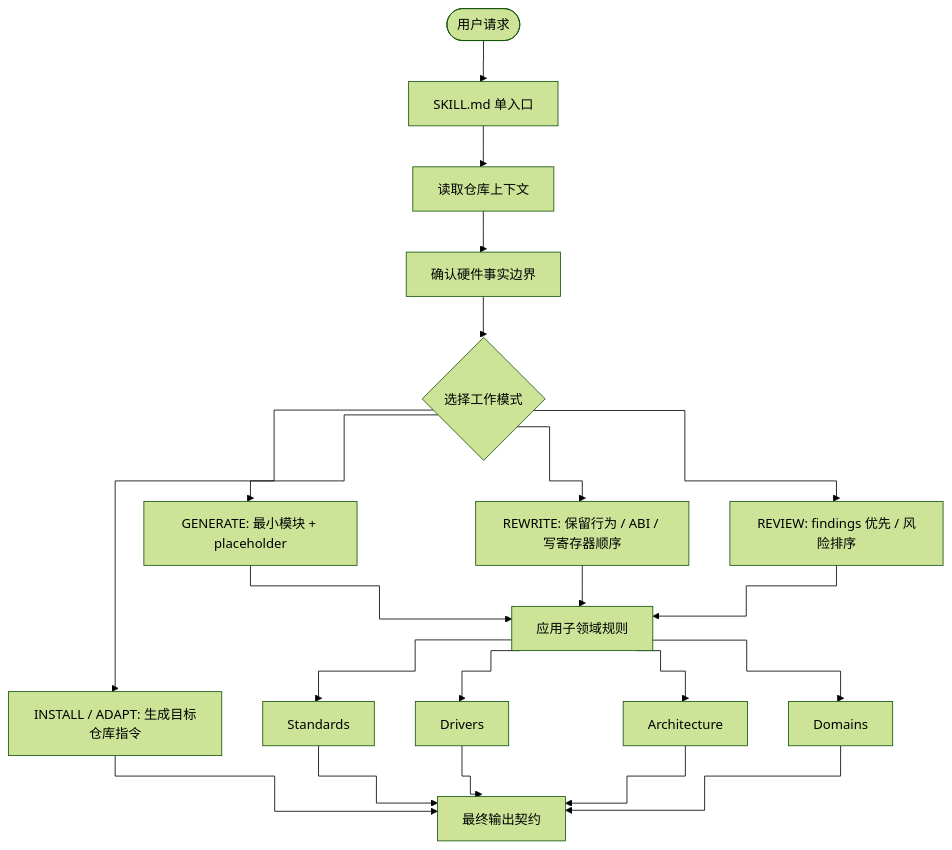
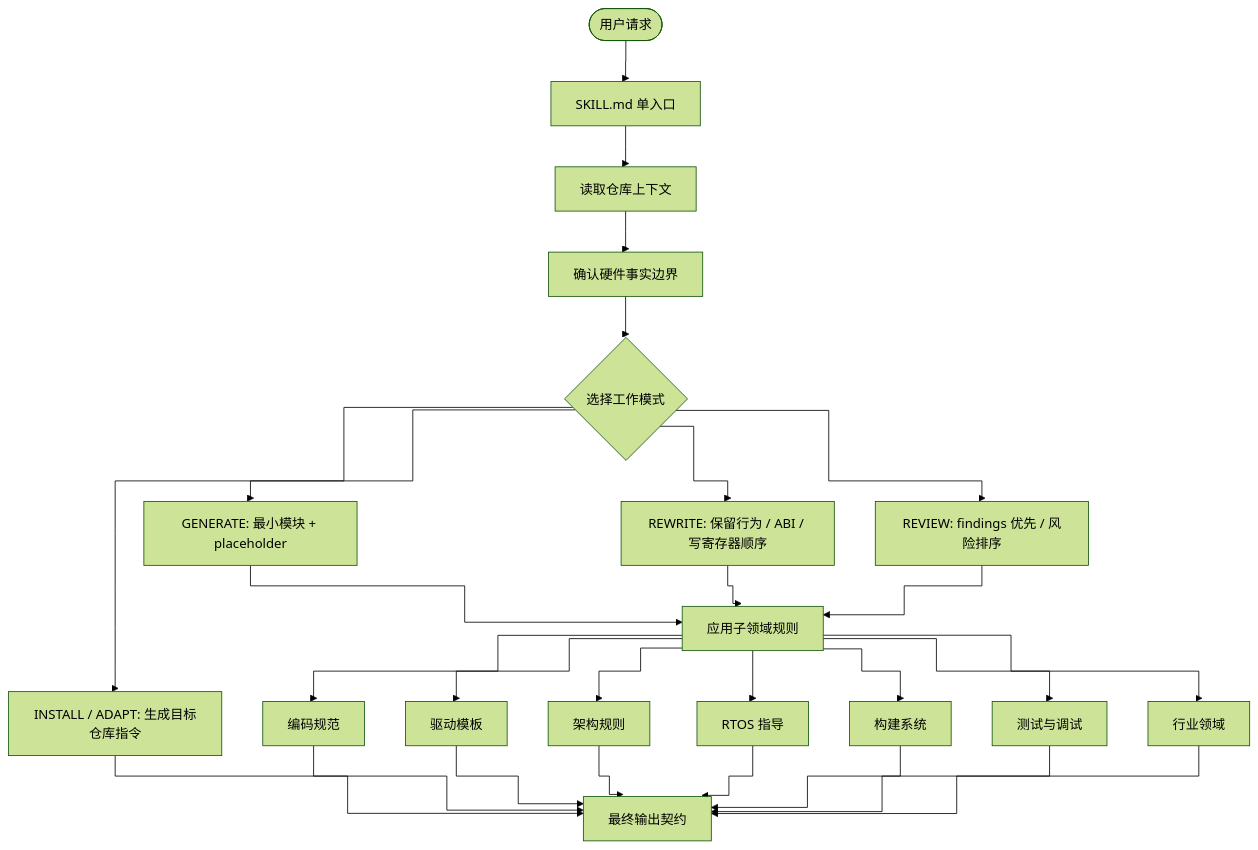
One commit to leon-2050/embedded-code-optimizer changed the diagram in README.md. Above: the diagram before and after it, drawn with Mermaid (forest theme). The commit also changed other lines of this file and 4 other files, not shown here.

````diff
--- a/README.md
+++ b/README.md
@@ -59,40 +65,49 @@
 ```mermaid
 %%{init: {"flowchart": {"curve": "step"}} }%%
 flowchart TB
     A([用户请求])
     B[SKILL.md 单入口]
     C[读取仓库上下文]
     D[确认硬件事实边界]
     E{选择工作模式}
     F[GENERATE: 最小模块 + placeholder]
     G[REWRITE: 保留行为 / ABI / 写寄存器顺序]
     H[REVIEW: findings 优先 / 风险排序]
     I[INSTALL / ADAPT: 生成目标仓库指令]
     J[应用子领域规则]
-    K[Standards]
-    L[Drivers]
-    M[Architecture]
-    N[Domains]
-    O[最终输出契约]
+    K[编码规范]
+    L[驱动模板]
+    M[架构规则]
+    N[RTOS 指导]
+    O[构建系统]
+    P[测试与调试]
+    Q[行业领域]
+    R[最终输出契约]
 
     A --> B
     B --> C
     C --> D
     D --> E
     E --> F
     E --> G
     E --> H
     E --> I
     F --> J
     G --> J
     H --> J
-    I --> O
+    I --> R
     J --> K
     J --> L
     J --> M
     J --> N
-    K --> O
-    L --> O
-    M --> O
-    N --> O
+    J --> O
+    J --> P
+    J --> Q
+    K --> R
+    L --> R
+    M --> R
+    N --> R
+    O --> R
+    P --> R
+    Q --> R
 ```
````
